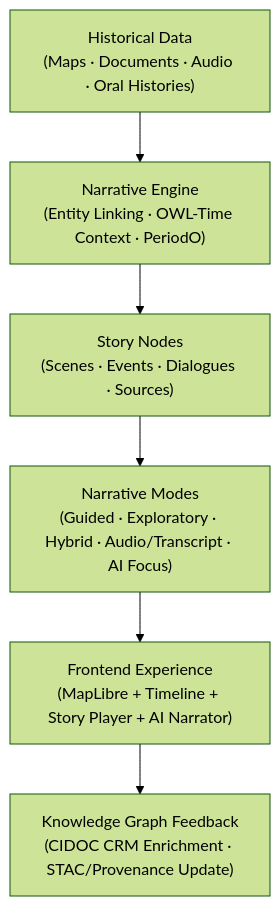
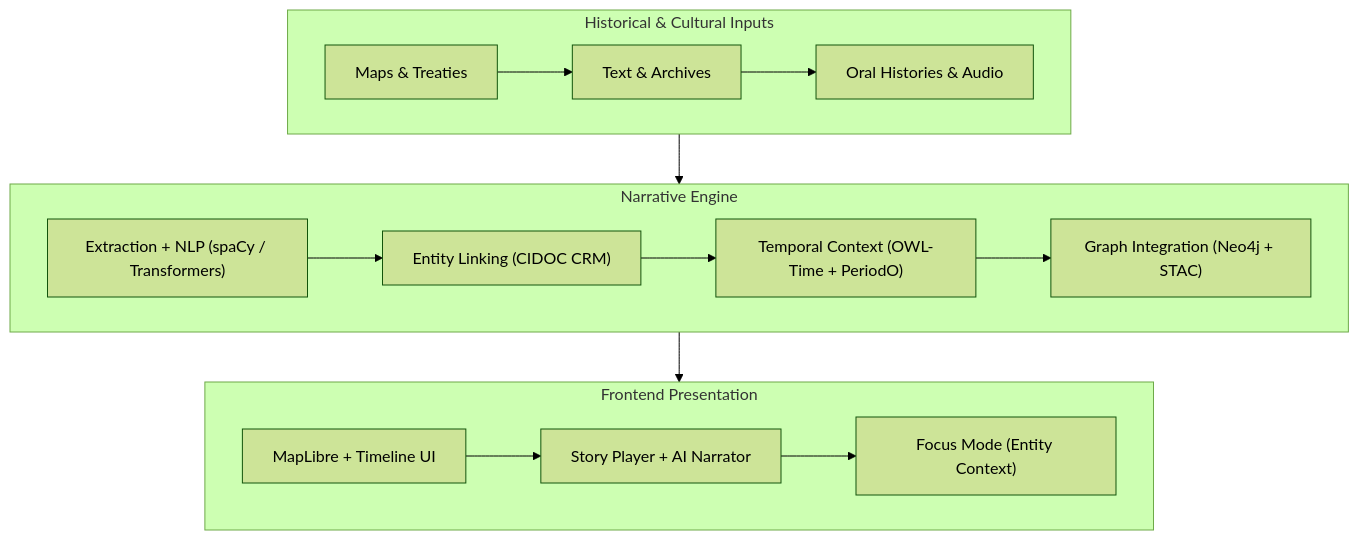
One commit to bartytime4life/Kansas-Frontier-Matrix changed the first of 2 diagrams in docs/design/storytelling.md. Above: the diagram before and after it, drawn with Mermaid (forest theme). The commit also changed other lines of this file, not shown here.

````diff
--- a/docs/design/storytelling.md
+++ b/docs/design/storytelling.md
@@ -81,8 +89,18 @@
 ```mermaid
-flowchart TD
-    A["Historical Data\n(Maps · Documents · Audio · Oral Histories)"] --> B["Narrative Engine\n(Entity Linking · OWL-Time Context · PeriodO)"]
-    B --> C["Story Nodes\n(Scenes · Events · Dialogues · Sources)"]
-    C --> D["Narrative Modes\n(Guided · Exploratory · Hybrid · Audio/Transcript · AI Focus)"]
-    D --> E["Frontend Experience\n(MapLibre + Timeline + Story Player + AI Narrator)"]
-    E --> F["Knowledge Graph Feedback\n(CIDOC CRM Enrichment · STAC/Provenance Update)"]
+flowchart TB
+  subgraph Data["Historical & Cultural Inputs"]
+    A1["Maps & Treaties"] --> A2["Text & Archives"]
+    A2 --> A3["Oral Histories & Audio"]
+  end
+  subgraph Engine["Narrative Engine"]
+    B1["Extraction + NLP (spaCy / Transformers)"] --> B2["Entity Linking (CIDOC CRM)"]
+    B2 --> B3["Temporal Context (OWL-Time + PeriodO)"]
+    B3 --> B4["Graph Integration (Neo4j + STAC)"]
+  end
+  subgraph UI["Frontend Presentation"]
+    C1["MapLibre + Timeline UI"] --> C2["Story Player + AI Narrator"]
+    C2 --> C3["Focus Mode (Entity Context)"]
+  end
+  Data --> Engine
+  Engine --> UI
 ```
````
